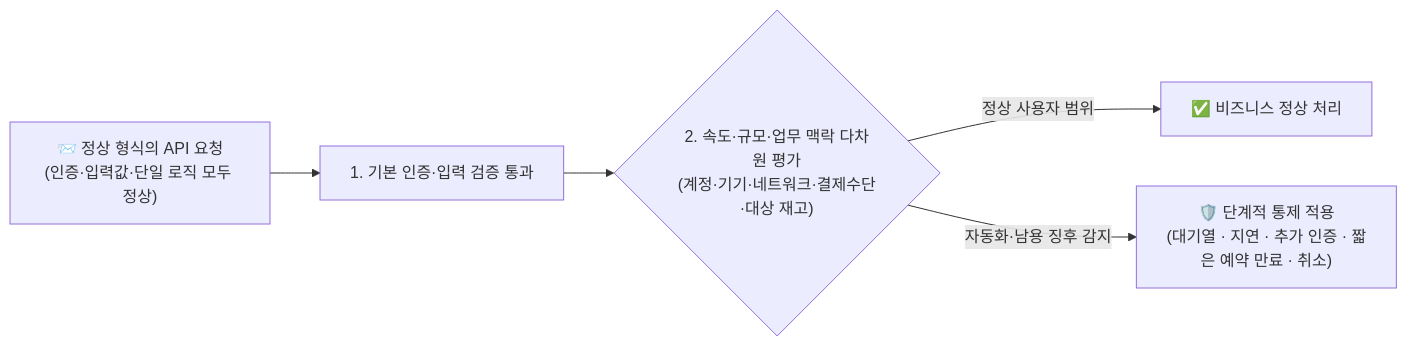
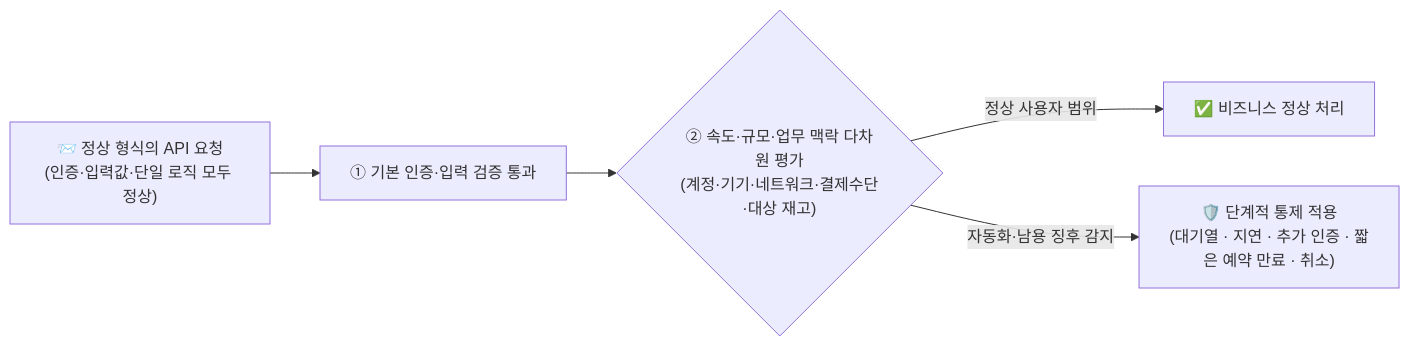
One commit to gooyong-sec/gooyong-sec.github.io changed the first of 2 diagrams in content/웹취약점/웹 취약점 진단 — 비즈니스 플로우 남용과 봇 방어 우회(API6).md. Above: the diagram before and after it, drawn with Mermaid. The commit also changed 28 other files, not shown here.

First line of the commit message:
fix: eliminate remaining mermaid markdown-list misparse across all diagrams

````diff
--- a/content/웹취약점/웹 취약점 진단 — 비즈니스 플로우 남용과 봇 방어 우회(API6).md
+++ b/content/웹취약점/웹 취약점 진단 — 비즈니스 플로우 남용과 봇 방어 우회(API6).md
@@ -21,7 +21,7 @@
 ```mermaid
 flowchart LR
-    Req["📨 정상 형식의 API 요청<br/>(인증·입력값·단일 로직 모두 정상)"] --> Auth["1. 기본 인증·입력 검증 통과"]
-    Auth --> Context{"2. 속도·규모·업무 맥락 다차원 평가<br/>(계정·기기·네트워크·결제수단·대상 재고)"}
+    Req["📨 정상 형식의 API 요청<br/>(인증·입력값·단일 로직 모두 정상)"] --> Auth["① 기본 인증·입력 검증 통과"]
+    Auth --> Context{"② 속도·규모·업무 맥락 다차원 평가<br/>(계정·기기·네트워크·결제수단·대상 재고)"}
     Context -->|"정상 사용자 범위"| Pass["✅ 비즈니스 정상 처리"]
     Context -->|"자동화·남용 징후 감지"| StepUp["🛡️ 단계적 통제 적용<br/>(대기열 · 지연 · 추가 인증 · 짧은 예약 만료 · 취소)"]
 ```
````
